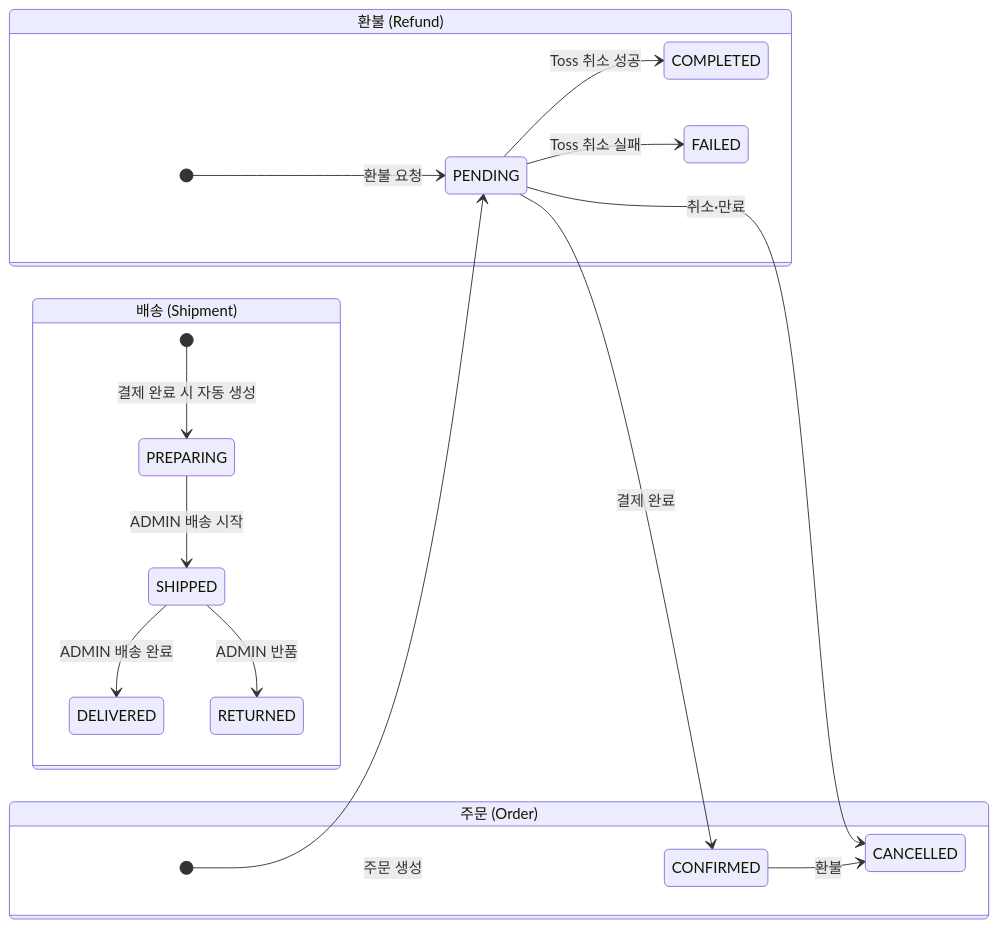
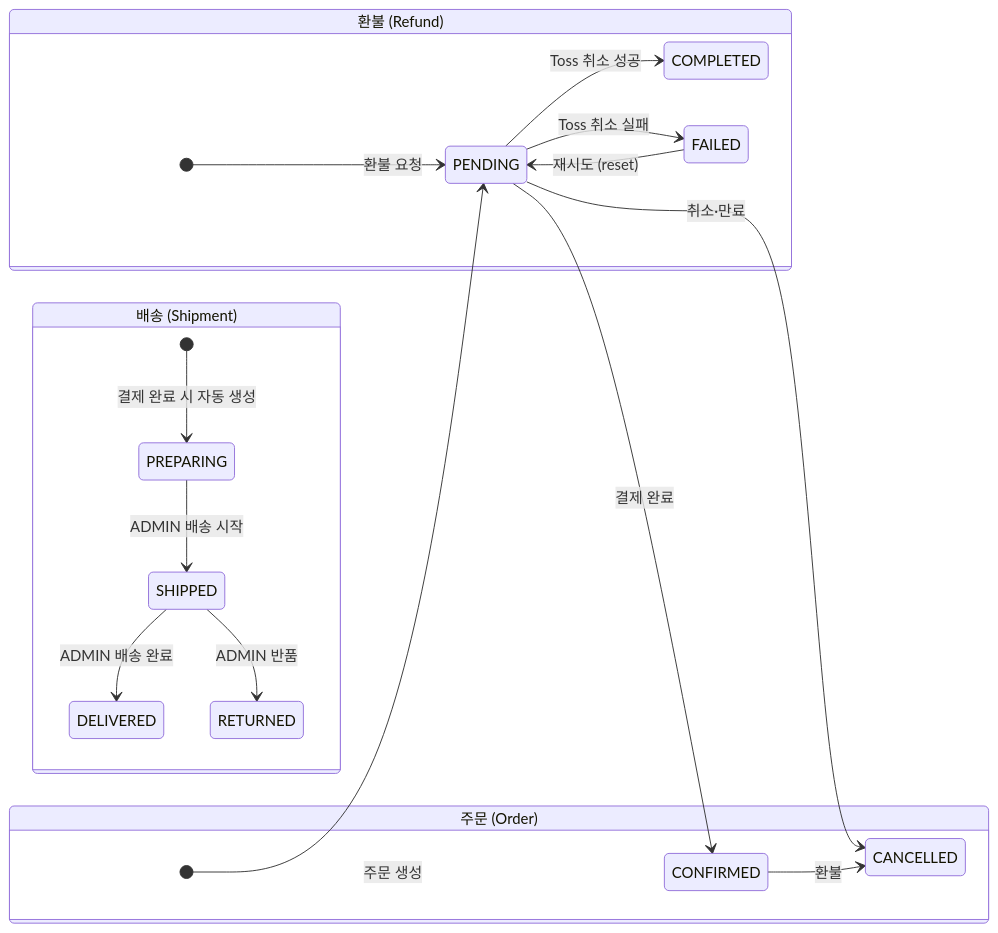
Before and after one commit to nameless0422/stock-management-api: the fifth of 6 diagrams in README.md, drawn with Mermaid. The commit also changed other lines of this file and 3 other files, not shown here.

````diff
--- a/README.md
+++ b/README.md
@@ -568,24 +578,25 @@
 ```mermaid
 stateDiagram-v2
     direction LR
 
     state "주문 (Order)" as Order {
         [*] --> PENDING : 주문 생성
         PENDING --> CONFIRMED : 결제 완료
         PENDING --> CANCELLED : 취소·만료
         CONFIRMED --> CANCELLED : 환불
     }
 
     state "배송 (Shipment)" as Shipment {
         [*] --> PREPARING : 결제 완료 시 자동 생성
         PREPARING --> SHIPPED : ADMIN 배송 시작
         SHIPPED --> DELIVERED : ADMIN 배송 완료
         SHIPPED --> RETURNED : ADMIN 반품
     }
 
     state "환불 (Refund)" as Refund {
         [*] --> PENDING : 환불 요청
         PENDING --> COMPLETED : Toss 취소 성공
         PENDING --> FAILED : Toss 취소 실패
+        FAILED --> PENDING : 재시도 (reset)
     }
 ```
````
